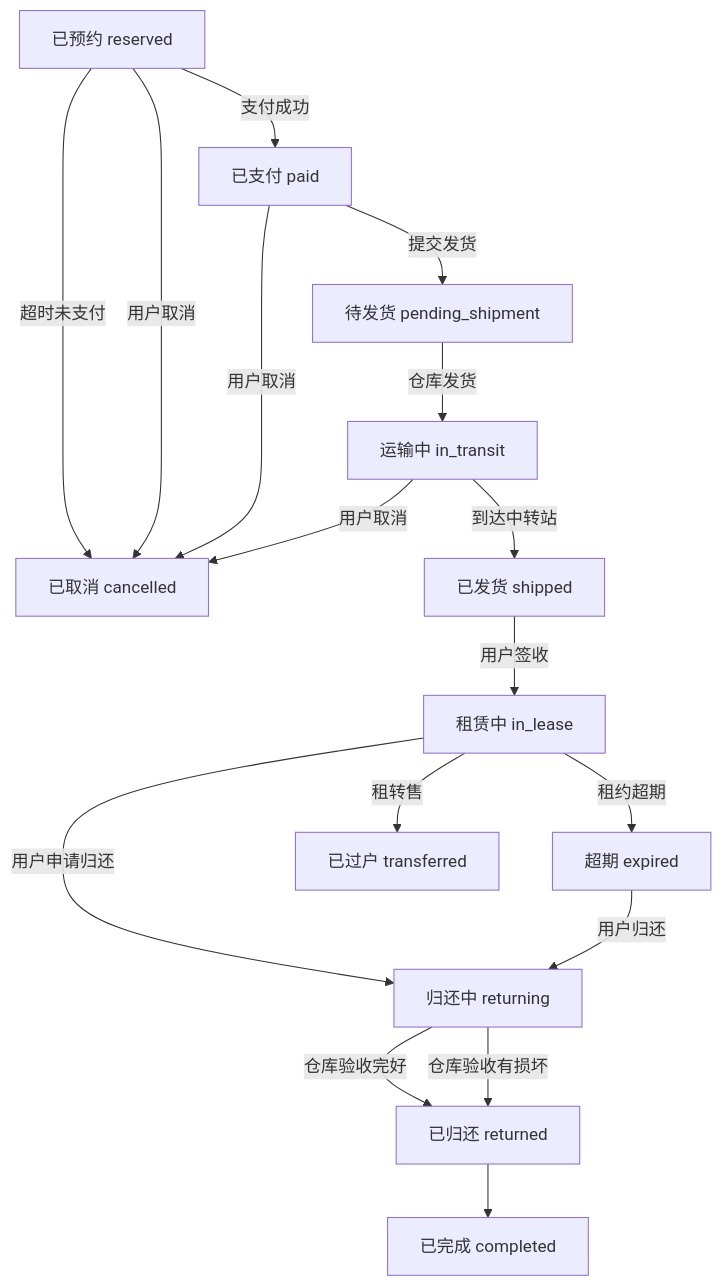
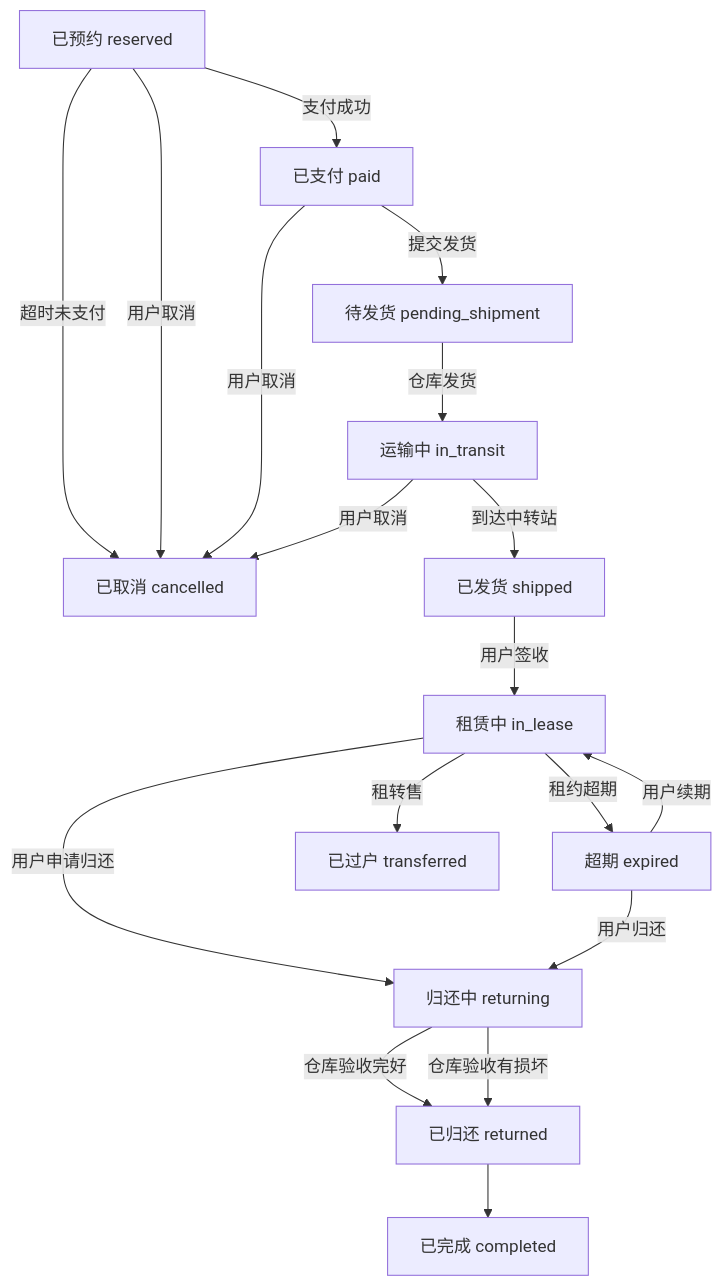
The second of 3 diagrams in docs/cases.md (HiJohns/tuneloop), drawn with Mermaid before and after one commit. The commit also changed other lines of this file and 12 other files, not shown here.

````diff
--- a/docs/cases.md
+++ b/docs/cases.md
@@ -317,19 +317,20 @@
 ```mermaid
 flowchart TD
   reserved[已预约 reserved] -- 超时未支付 --> cancelled[已取消 cancelled]
   reserved -- 支付成功 --> paid[已支付 paid]
   paid -- 提交发货 --> pending_shipment[待发货 pending_shipment]
   pending_shipment -- 仓库发货 --> in_transit[运输中 in_transit]
   in_transit -- 到达中转站 --> shipped[已发货 shipped]
   shipped -- 用户签收 --> in_lease[租赁中 in_lease]
   in_lease -- 用户申请归还 --> returning[归还中 returning]
   returning -- 仓库验收完好 --> returned[已归还 returned]
   returning -- 仓库验收有损坏 --> returned
   returned --> completed[已完成 completed]
   in_lease -- 租约超期 --> expired[超期 expired]
   expired -- 用户归还 --> returning
+  expired -- 用户续期 --> in_lease
   reserved -- 用户取消 --> cancelled
   paid -- 用户取消 --> cancelled
   in_transit -- 用户取消 --> cancelled
   in_lease -- 租转售 --> transferred[已过户 transferred]
 ```
````
